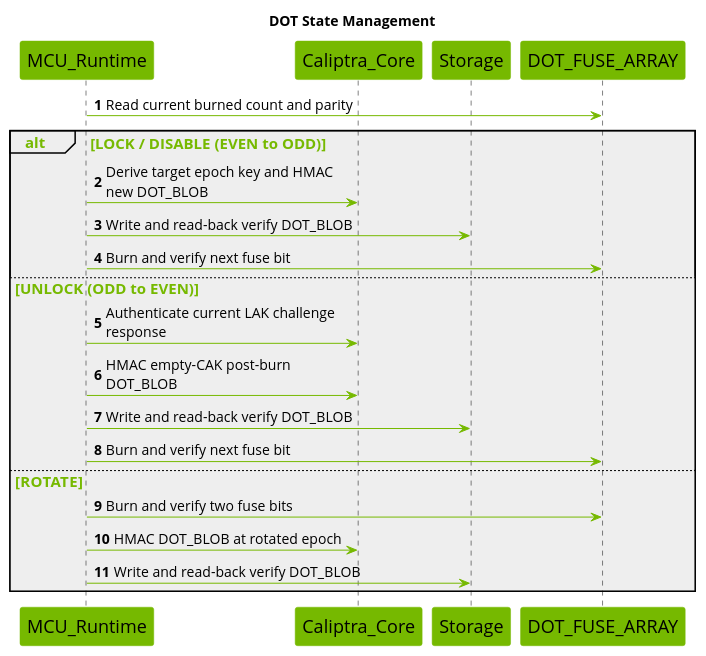
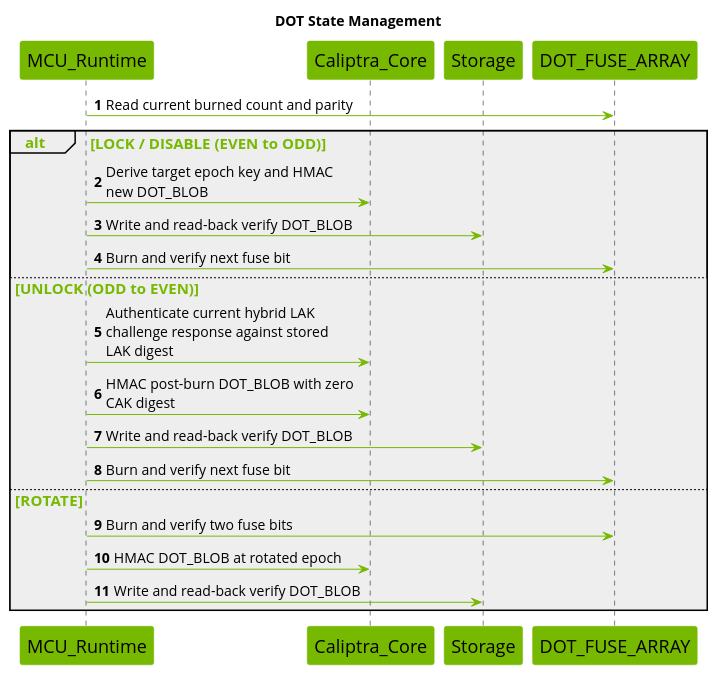
Before and after one commit to chipsalliance/caliptra-mcu-sw: the fourth of 7 diagrams in docs/src/dot.md, drawn with PlantUML. The commit also changed other lines of this file and 7 other files, not shown here.

````diff
--- a/docs/src/dot.md
+++ b/docs/src/dot.md
@@ -1033,53 +1000,53 @@
 ```plantuml
 @startuml
 
 title DOT State Management
 
 skinparam maxMessageSize 250
 skinparam wrapWidth 700
 skinparam backgroundColor white
 skinparam NoteBackgroundColor #76b900
 skinparam NoteFontSize 14
 skinparam SequenceGroupBodyBackgroundColor #EEEEEE
 skinparam defaultFontName Open Sans
 
 skinparam sequence {
     ArrowColor #76b900
     ActorBorderColor #76b900
     LifeLineBorderColor #000000
     LifeLineBackgroundColor #76b900
     GroupHeaderFontsize 15
     GroupHeaderFontColor #76b900
     GroupFontSize 15
     GroupFontColor #76b900
     ArrowFontSize 15
     ParticipantBorderColor #76b900
     ParticipantBackgroundColor #76b900
     ParticipantFontSize 18
     ParticipantFontColor black
     ArrowFontSize 14
 }
 
 participant MCU_Runtime
 participant Caliptra_Core
 participant Storage
 participant DOT_FUSE_ARRAY
 
 autonumber
 MCU_Runtime -> DOT_FUSE_ARRAY : Read current burned count and parity
 alt LOCK / DISABLE (EVEN to ODD)
     MCU_Runtime -> Caliptra_Core : Derive target epoch key and HMAC new DOT_BLOB
     MCU_Runtime -> Storage : Write and read-back verify DOT_BLOB
     MCU_Runtime -> DOT_FUSE_ARRAY : Burn and verify next fuse bit
 else UNLOCK (ODD to EVEN)
-    MCU_Runtime -> Caliptra_Core : Authenticate current LAK challenge response
-    MCU_Runtime -> Caliptra_Core : HMAC empty-CAK post-burn DOT_BLOB
+    MCU_Runtime -> Caliptra_Core : Authenticate current hybrid LAK challenge response against stored LAK digest
+    MCU_Runtime -> Caliptra_Core : HMAC post-burn DOT_BLOB with zero CAK digest
     MCU_Runtime -> Storage : Write and read-back verify DOT_BLOB
     MCU_Runtime -> DOT_FUSE_ARRAY : Burn and verify next fuse bit
 else ROTATE
     MCU_Runtime -> DOT_FUSE_ARRAY : Burn and verify two fuse bits
     MCU_Runtime -> Caliptra_Core : HMAC DOT_BLOB at rotated epoch
     MCU_Runtime -> Storage : Write and read-back verify DOT_BLOB
 end
 @enduml
 ```
````
